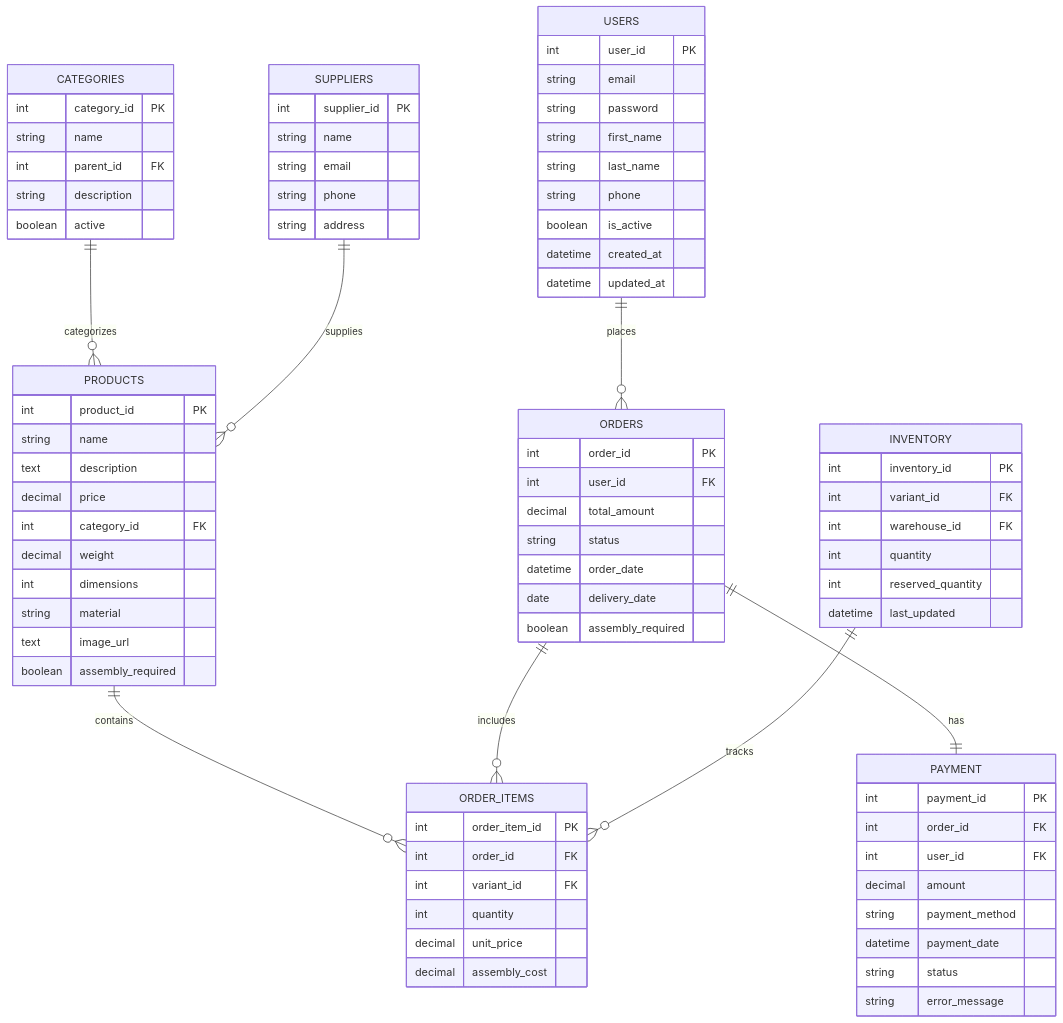
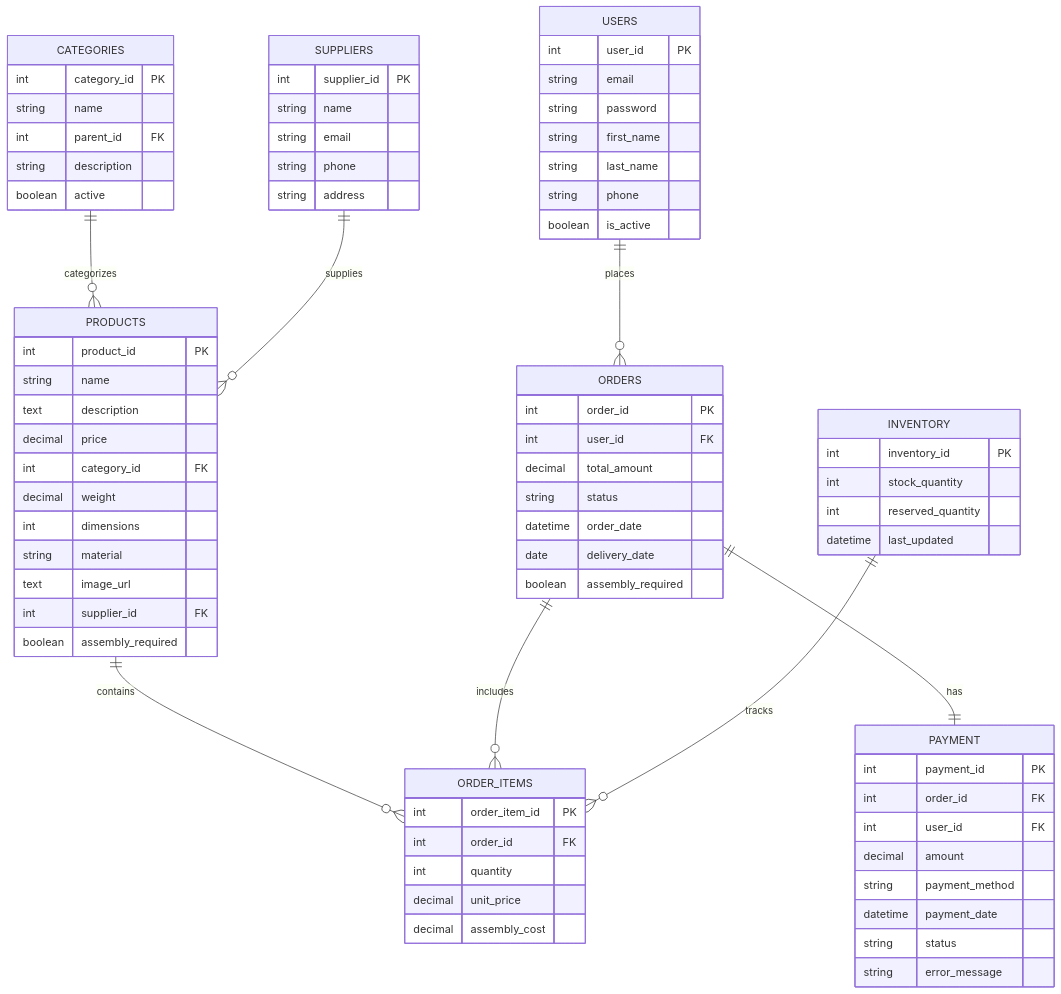
Before and after one commit to Akanksha-codes/furniture-webshop: the diagram in furniture_db_diagram.mermaid, drawn with Mermaid.

```diff
--- a/furniture_db_diagram.mermaid
+++ b/furniture_db_diagram.mermaid
@@ -1,87 +1,84 @@
 erDiagram
     USERS ||--o{ ORDERS : places
     USERS {
         int user_id PK
         string email
         string password
         string first_name
         string last_name
         string phone
         boolean is_active
-        datetime created_at
-        datetime updated_at
+       
     }
 
     PRODUCTS ||--o{ ORDER_ITEMS : contains
     PRODUCTS {
         int product_id PK
         string name
         text description
         decimal price
         int category_id FK
         decimal weight
         int dimensions
         string material
         text image_url
+        int supplier_id FK
         boolean assembly_required
     }
    CATEGORIES ||--o{ PRODUCTS : categorizes
     CATEGORIES {
         int category_id PK
         string name
         int parent_id FK
         string description
         boolean active
     }
 
     ORDERS ||--o{ ORDER_ITEMS : includes
     ORDERS ||--|| PAYMENT : has
     ORDERS {
         int order_id PK
         int user_id FK
         decimal total_amount
         string status
         datetime order_date
         date delivery_date
         boolean assembly_required
     }
 
     PAYMENT {
         int payment_id PK
         int order_id FK
         int user_id FK
         decimal amount
         string payment_method
         datetime payment_date
         string status
         string error_message
     }
 
     ORDER_ITEMS {
         int order_item_id PK
         int order_id FK
-        int variant_id FK
         int quantity
         decimal unit_price
         decimal assembly_cost
     }
 
     INVENTORY ||--o{ ORDER_ITEMS : tracks
     INVENTORY {
         int inventory_id PK
-        int variant_id FK
-        int warehouse_id FK
-        int quantity
+        int stock_quantity
         int reserved_quantity
         datetime last_updated
     }
 
     SUPPLIERS ||--o{ PRODUCTS : supplies
     SUPPLIERS {
         int supplier_id PK
         string name
         string email
         string phone
         string address
        
     }
```
